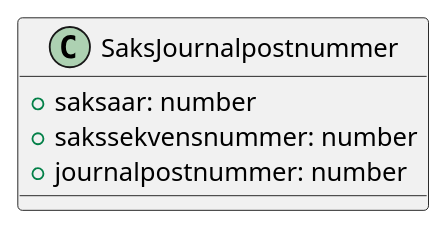
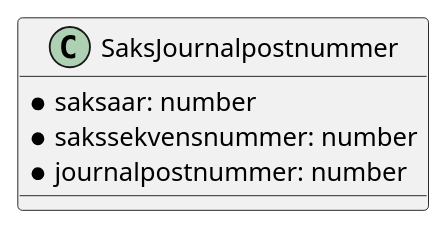
One commit to ks-no/fiks-saksfaser-specification changed the diagram in Dokumentasjon/V1/ClassDiagrams/no.ks.fiks.saksfaser.v1.felles.saksjournalpostnummer/classdiagram.pu. Above: the diagram before and after it, drawn with PlantUML. The commit also changed 13 other files, not shown here.

```diff
--- a/Dokumentasjon/V1/ClassDiagrams/no.ks.fiks.saksfaser.v1.felles.saksjournalpostnummer/classdiagram.pu
+++ b/Dokumentasjon/V1/ClassDiagrams/no.ks.fiks.saksfaser.v1.felles.saksjournalpostnummer/classdiagram.pu
@@ -1,9 +1,9 @@
 @startuml
 
 class SaksJournalpostnummer {
-    +saksaar: number
-    +sakssekvensnummer: number
-    +journalpostnummer: number
+    *saksaar: number
+    *sakssekvensnummer: number
+    *journalpostnummer: number
 }
 
 @enduml
```
